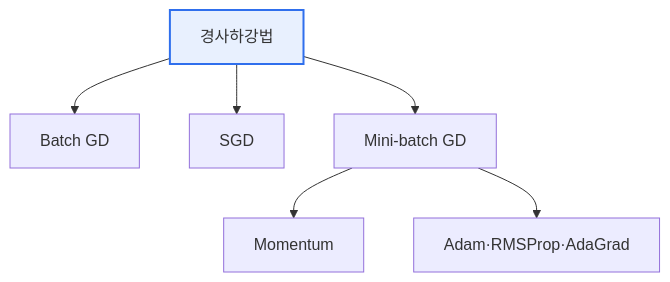
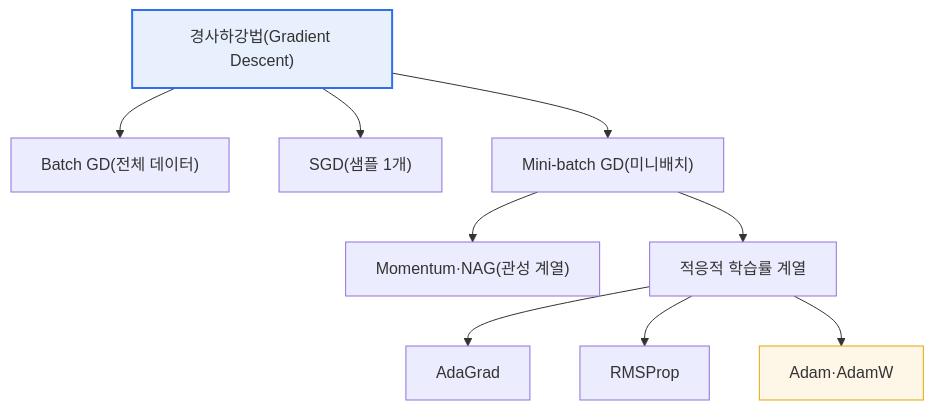
Before and after one commit to coninggu/wjdqhrhksflrltnftk: the diagram in content/ml-optimization.md, drawn with Mermaid. The commit also changed other lines of this file and 3 other files, not shown here.

````diff
--- a/content/ml-optimization.md
+++ b/content/ml-optimization.md
@@ -15,9 +25,13 @@
 ```mermaid
 flowchart TB
-  G[경사하강법] --> B[Batch GD]
-  G --> S[SGD]
-  G --> M[Mini-batch GD]
-  M --> Mo[Momentum]
-  M --> A[Adam·RMSProp·AdaGrad]
+  G["경사하강법(Gradient Descent)"] --> B["Batch GD(전체 데이터)"]
+  G --> S["SGD(샘플 1개)"]
+  G --> M["Mini-batch GD(미니배치)"]
+  M --> Mo["Momentum·NAG(관성 계열)"]
+  M --> Ad["적응적 학습률 계열"]
+  Ad --> AG["AdaGrad"]
+  Ad --> RM["RMSProp"]
+  Ad --> AM["Adam·AdamW"]
   style G fill:#e8f0fe,stroke:#2f6fed,stroke-width:2px
+  style AM fill:#fef7e8,stroke:#e0a800
 ```
````
